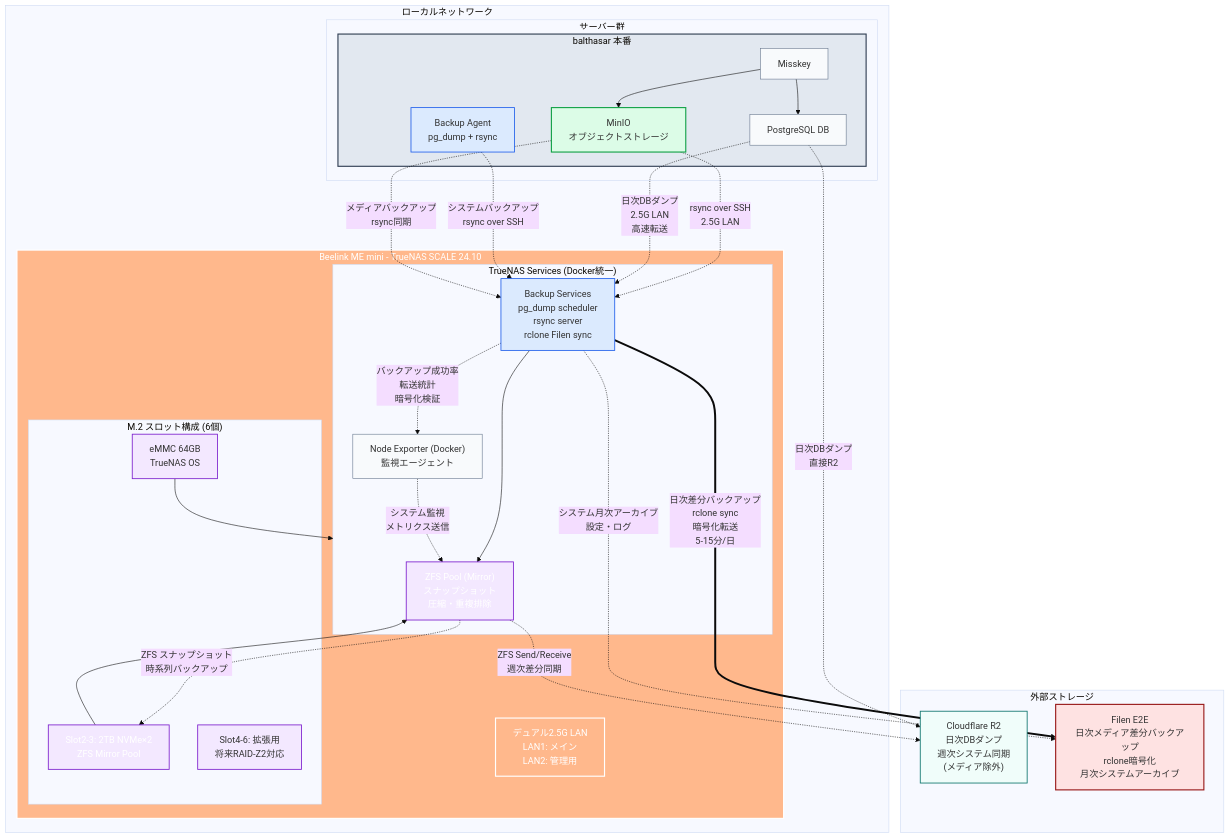
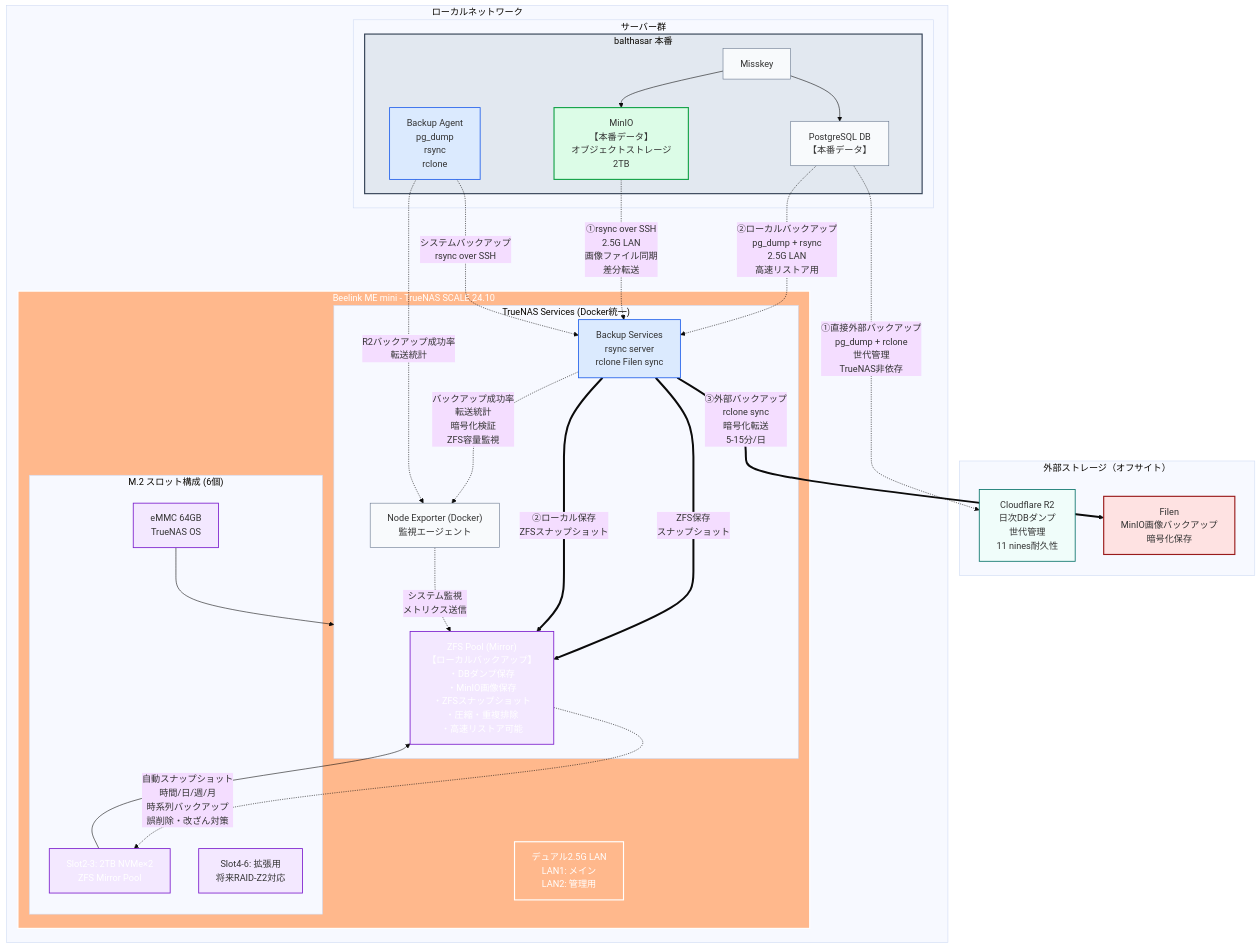
One commit to yamisskey-dev/yamisskey-host changed the fifth of 6 diagrams in README.md. Above: the diagram before and after it, drawn with Mermaid (base theme).

Commit message:
Revise external storage and internal network details
Updated external storage and internal network sections with more detailed descriptions and improved clarity.

```diff
--- a/README.md
+++ b/README.md
@@ -341,13 +341,13 @@
     classDef zfs fill:#4c1d95,stroke:#c4b5fd,stroke-width:2px,color:#ffffff
     classDef encrypted fill:#fee2e2,stroke:#991b1b,stroke-width:2px
     classDef local fill:#dcfce7,stroke:#16a34a,stroke-width:2px
-
+    
     %% External storage
-    subgraph external["外部ストレージ"]
-        r2["Cloudflare R2<br/>日次DBダンプ<br/>週次システム同期<br/>(メディア除外)"]:::cloud
-        filen["Filen E2E<br/>日次メディア差分バックアップ<br/>rclone暗号化<br/>月次システムアーカイブ"]:::encrypted
+    subgraph external["外部ストレージ（オフサイト）"]
+        r2["Cloudflare R2<br/>日次DBダンプ<br/>世代管理<br/>11 nines耐久性"]:::cloud
+        filen["Filen<br/>MinIO画像バックアップ<br/>暗号化保存"]:::encrypted
     end
-
+    
     %% Internal network
     subgraph internal["ローカルネットワーク"]
         
@@ -360,8 +360,8 @@
             end
             
             subgraph truenas_services["TrueNAS Services (Docker統一)"]
-                zfs_pool["ZFS Pool (Mirror)<br/>スナップショット<br/>圧縮・重複排除"]:::zfs
-                backup_svc["Backup Services<br/>pg_dump scheduler<br/>rsync server<br/>rclone Filen sync"]:::backup
+                zfs_pool["ZFS Pool (Mirror)<br/>【ローカルバックアップ】<br/>・DBダンプ保存<br/>・MinIO画像保存<br/>・ZFSスナップショット<br/>・圧縮・重複排除<br/>・高速リストア可能"]:::zfs
+                backup_svc["Backup Services<br/>rsync server<br/>rclone Filen sync"]:::backup
                 node_exporter["Node Exporter (Docker)<br/>監視エージェント"]:::service
             end
             
@@ -372,45 +372,42 @@
         subgraph servers["サーバー群"]
             subgraph balthasar["balthasar 本番"]
                 misskey1["Misskey"]:::service
-                db1["PostgreSQL DB"]:::service
-                minio_local["MinIO<br/>オブジェクトストレージ<br/2TB"]:::local
-                backup1["Backup Agent<br/>pg_dump + rsync"]:::backup
+                db1["PostgreSQL DB<br/>【本番データ】"]:::service
+                minio_local["MinIO<br/>【本番データ】<br/>オブジェクトストレージ<br/>2TB"]:::local
+                backup1["Backup Agent<br/>pg_dump<br/>rsync<br/>rclone"]:::backup
             end
         end
     end
-
+    
     %% Service connections - ローカル接続
     misskey1 --> minio_local
     misskey1 --> db1
-
-    %% MinIO → Filen 日次差分バックアップ (rsync経由)
-    minio_local -.->|"rsync over SSH<br/>2.5G LAN"| backup_svc
-    backup_svc ==>|"日次差分バックアップ<br/>rclone sync<br/>暗号化転送<br/>5-15分/日"| filen
-
-    %% DB Backup flows - 既存維持
-    db1 -.->|"日次DBダンプ<br/>2.5G LAN<br/>高速転送"| backup_svc
-    db1 -.->|"日次DBダンプ<br/>直接R2"| r2
+    
+    %% DB Backup flows - 独立した2系統
+    db1 -.->|"①直接外部バックアップ<br/>pg_dump + rclone<br/>世代管理<br/>TrueNAS非依存"| r2
+    db1 -.->|"②ローカルバックアップ<br/>pg_dump + rsync<br/>2.5G LAN<br/>高速リストア用"| backup_svc
+    backup_svc ==>|"ZFS保存<br/>スナップショット"| zfs_pool
+    
+    %% MinIO Backup flows - TrueNAS経由（差分管理）
+    minio_local -.->|"①rsync over SSH<br/>2.5G LAN<br/>画像ファイル同期<br/>差分転送"| backup_svc
+    backup_svc ==>|"②ローカル保存<br/>ZFSスナップショット"| zfs_pool
+    backup_svc ==>|"③外部バックアップ<br/>rclone sync<br/>暗号化転送<br/>5-15分/日"| filen
     
     %% TrueNAS internal flows
-    backup_svc --> zfs_pool
     slot23 --> zfs_pool
     emmc --> truenas_services
     
-    %% ZFS snapshots and replication
-    zfs_pool -.->|"ZFS Send/Receive<br/>週次差分同期"| r2
-    zfs_pool -.->|"ZFS スナップショット<br/>時系列バックアップ"| slot23
+    %% ZFS snapshots
+    zfs_pool -.->|"自動スナップショット<br/>時間/日/週/月<br/>時系列バックアップ<br/>誤削除・改ざん対策"| slot23
     
     %% System backup flows
     backup1 -.->|"システムバックアップ<br/>rsync over SSH"| backup_svc
-    minio_local -.->|"メディアバックアップ<br/>rsync同期"| backup_svc
     
     %% Monitoring flows
     node_exporter -.->|"システム監視<br/>メトリクス送信"| zfs_pool
-    backup_svc -.->|"バックアップ成功率<br/>転送統計<br/>暗号化検証"| node_exporter
+    backup_svc -.->|"バックアップ成功率<br/>転送統計<br/>暗号化検証<br/>ZFS容量監視"| node_exporter
+    backup1 -.->|"R2バックアップ成功率<br/>転送統計"| node_exporter
     
-    %% External sync flows  
-    backup_svc -.->|"システム月次アーカイブ<br/>設定・ログ"| filen
-
     %% Apply styles
     class balthasar server
     class beelink_nas beelink
```
